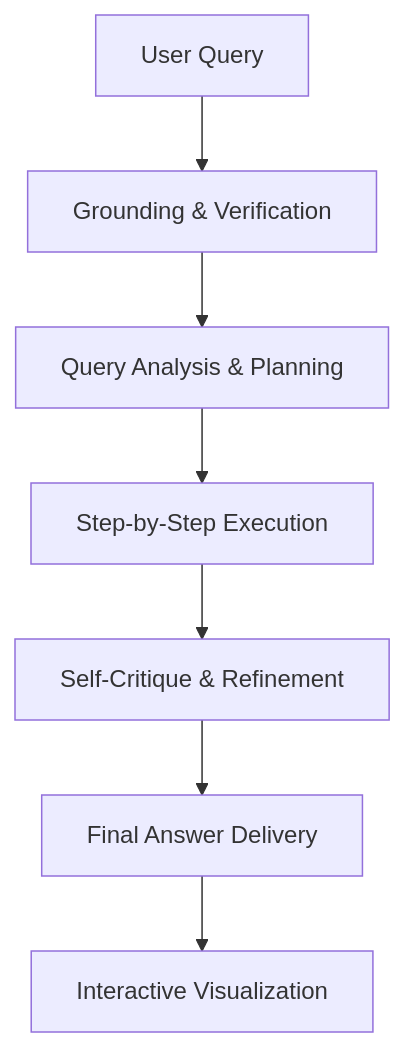
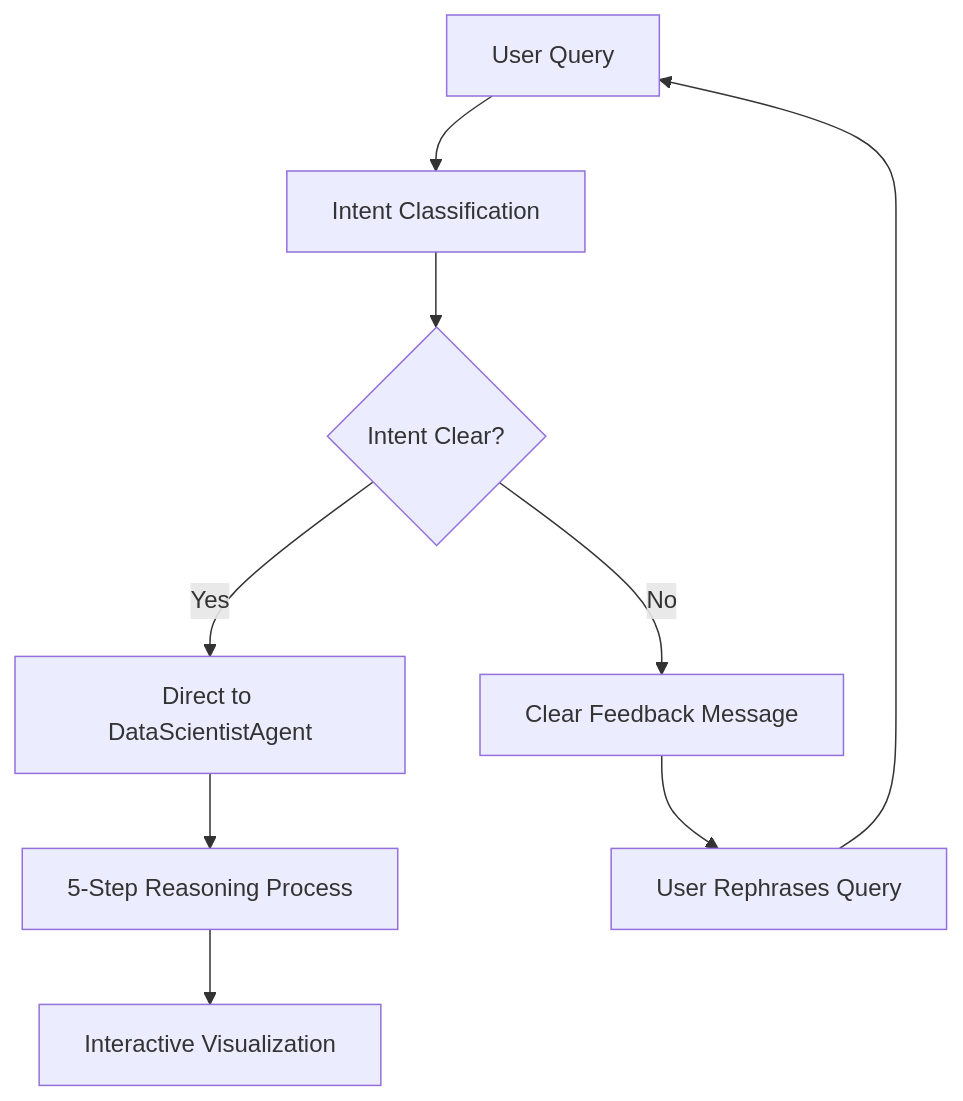
The diagram in README.md (faiz16ahmad/data-scientist-ai-agent), drawn with Mermaid before and after one commit. The commit also changed other lines of this file, not shown here.

````diff
--- a/README.md
+++ b/README.md
@@ -206,9 +210,11 @@
 ```mermaid
 graph TD
-    A[User Query] --> B[Grounding & Verification]
-    B --> C[Query Analysis & Planning]
-    C --> D[Step-by-Step Execution]
-    D --> E[Self-Critique & Refinement]
-    E --> F[Final Answer Delivery]
+    A[User Query] --> B[Intent Classification]
+    B --> C{Intent Clear?}
+    C -->|Yes| D[Direct to DataScientistAgent]
+    C -->|No| E[Clear Feedback Message]
+    D --> F[5-Step Reasoning Process]
     F --> G[Interactive Visualization]
+    E --> H[User Rephrases Query]
+    H --> A
 ```
````
